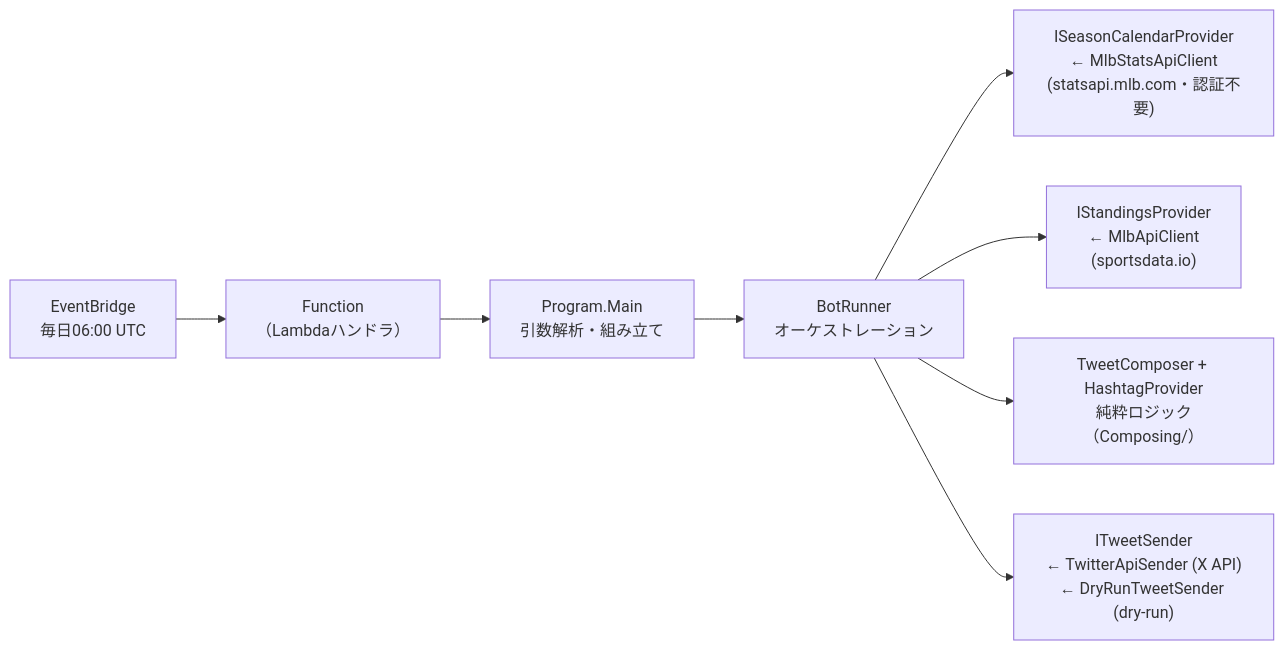
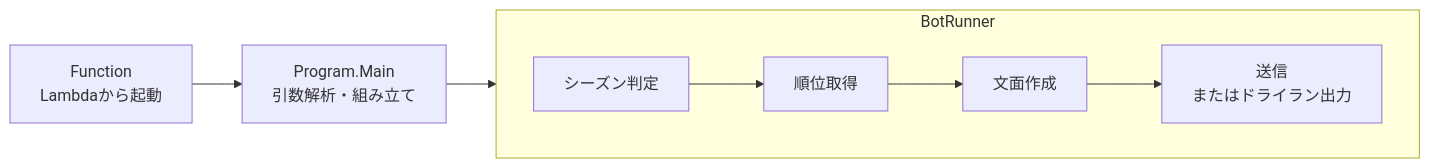
Before and after one commit to shin4488/MlbBot: the diagram in CLAUDE.md, drawn with Mermaid. The commit also changed other lines of this file and 1 other file, not shown here.

Commit message:
docs: READMEと開発ガイドを図と役割別に整理

````diff
--- a/CLAUDE.md
+++ b/CLAUDE.md
@@ -9,8 +81,9 @@
 ```mermaid
 flowchart LR
-    EB["EventBridge<br>毎日06:00 UTC"] --> F["Function<br>（Lambdaハンドラ）"] --> P["Program.Main<br>引数解析・組み立て"] --> R["BotRunner<br>オーケストレーション"]
-    R --> SCP["ISeasonCalendarProvider<br>← MlbStatsApiClient<br>(statsapi.mlb.com・認証不要)"]
-    R --> MAC["IStandingsProvider<br>← MlbApiClient<br>(sportsdata.io)"]
-    R --> TC["TweetComposer + HashtagProvider<br>純粋ロジック（Composing/）"]
-    R --> ITS["ITweetSender<br>← TwitterApiSender (X API)<br>← DryRunTweetSender (dry-run)"]
+    F["Function<br>Lambdaから起動"] --> P["Program.Main<br>引数解析・組み立て"]
+    P --> S
+    subgraph R["BotRunner"]
+        direction LR
+        S["シーズン判定"] --> A["順位取得"] --> C["文面作成"] --> T["送信<br>またはドライラン出力"]
+    end
 ```
````
